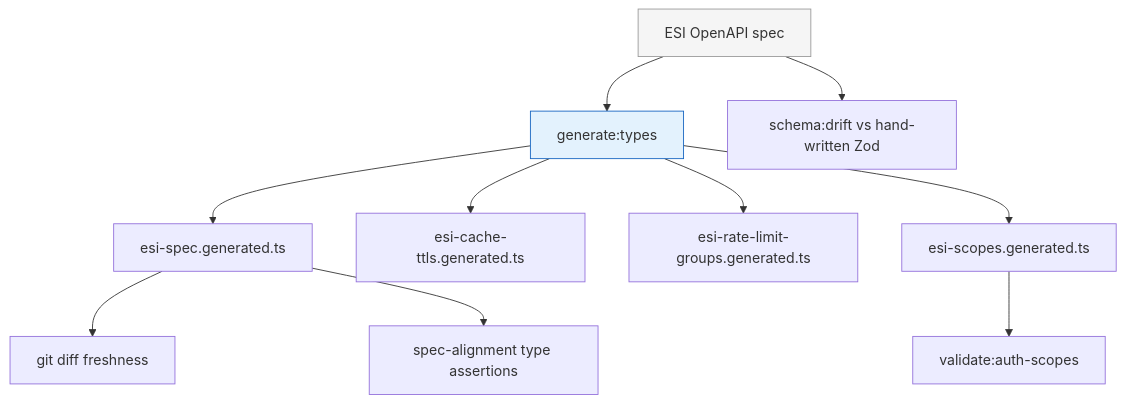
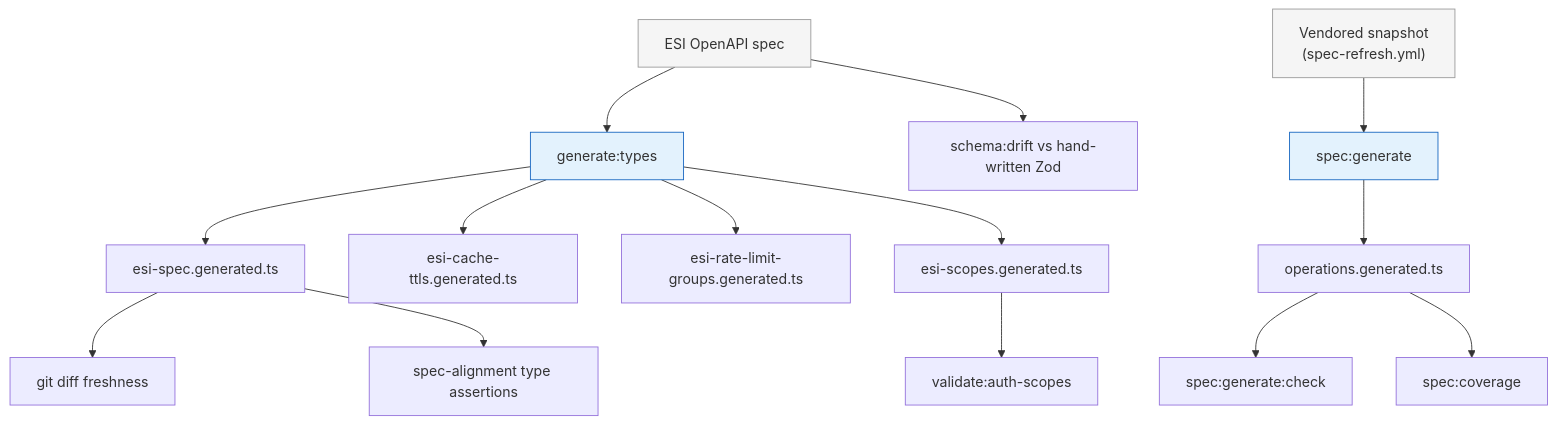
Before and after one commit to lgriffin/ESI.ts: diagram 15 of 15 in guides/ARCHITECTURE.md, drawn with Mermaid. The commit also changed other lines of this file and 14 other files, not shown here.

````diff
--- a/guides/ARCHITECTURE.md
+++ b/guides/ARCHITECTURE.md
@@ -981,16 +1187,23 @@
 ```mermaid
 flowchart TB
     spec["ESI OpenAPI spec"] --> gen["generate:types"]
     gen --> types["esi-spec.generated.ts"]
     gen --> ttls["esi-cache-ttls.generated.ts"]
     gen --> rates["esi-rate-limit-groups.generated.ts"]
     gen --> scopes["esi-scopes.generated.ts"]
 
+    snap["Vendored snapshot<br/>(spec-refresh.yml)"] --> specgen["spec:generate"]
+    specgen --> ops["operations.generated.ts"]
+    ops --> check["spec:generate:check"]
+    ops --> cov["spec:coverage"]
+
     types --> fresh["git diff freshness"]
     types --> align["spec-alignment type assertions"]
     scopes --> auth["validate:auth-scopes"]
     spec --> drift["schema:drift vs hand-written Zod"]
 
     style spec fill:#f5f5f5,stroke:#999
     style gen fill:#e3f2fd,stroke:#1565c0
+    style snap fill:#f5f5f5,stroke:#999
+    style specgen fill:#e3f2fd,stroke:#1565c0
 ```
````
